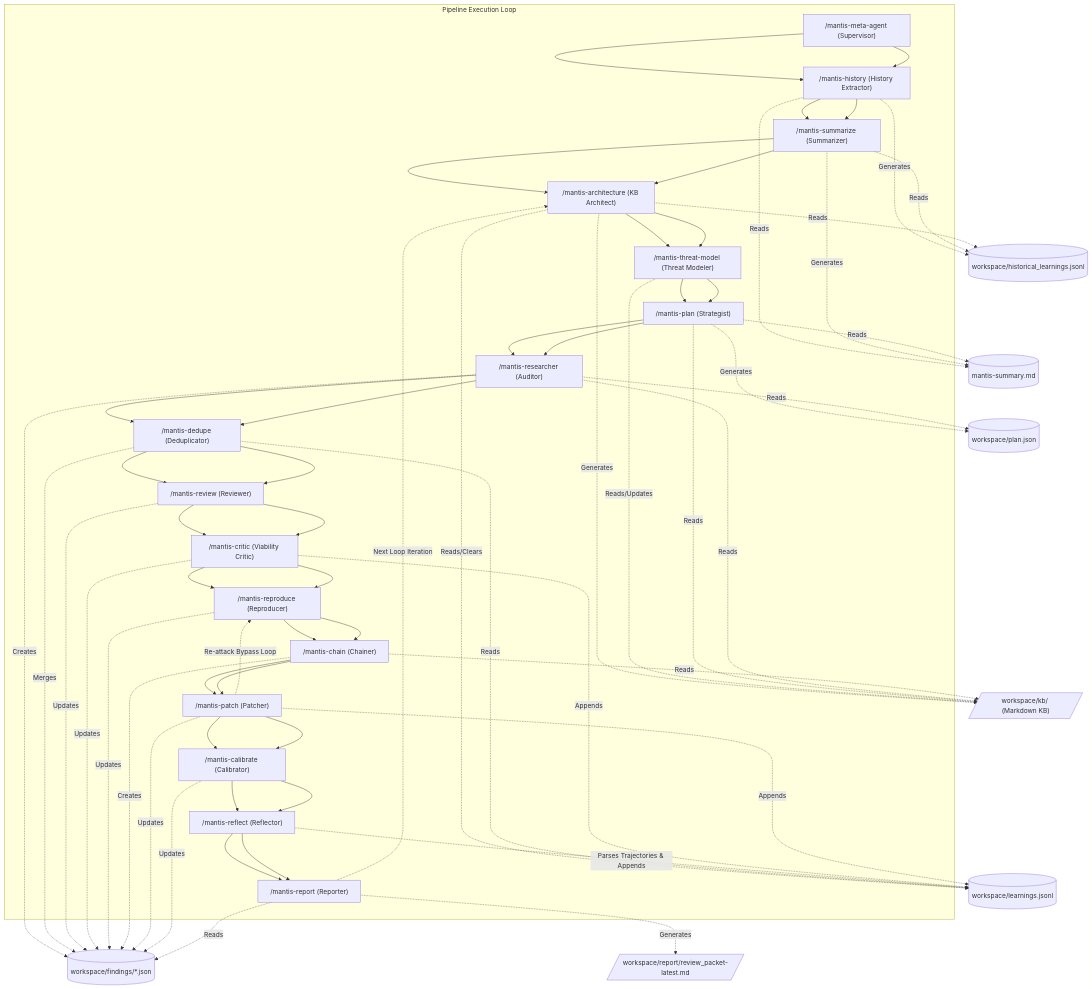
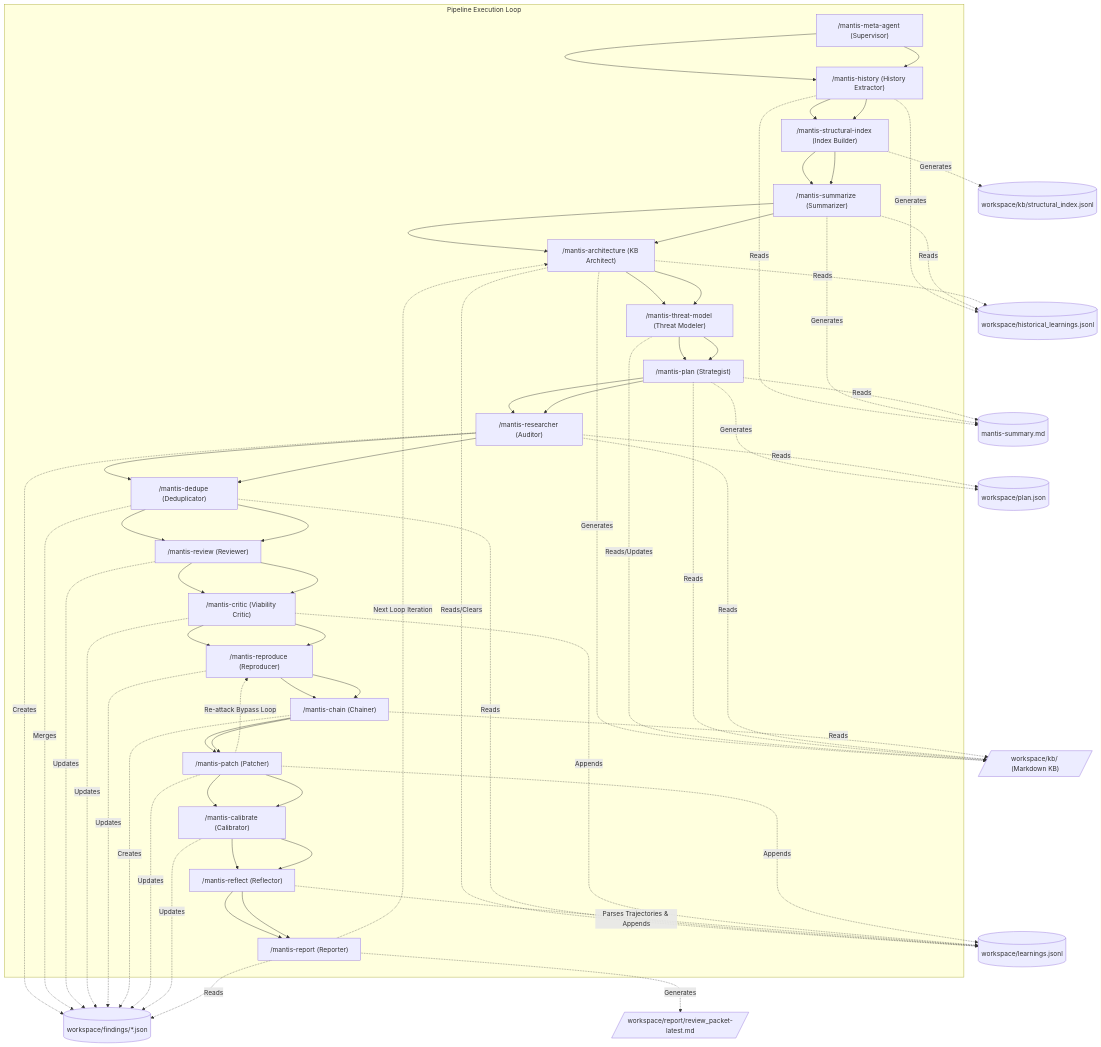
One commit to google/mantis changed the diagram in README_AGENTS.md. Above: the diagram before and after it, drawn with Mermaid. The commit also changed other lines of this file and 7 other files, not shown here.

First line of the commit message:
Promote structural-index blueprint into a first-class per-pass skill

````diff
--- a/README_AGENTS.md
+++ b/README_AGENTS.md
@@ -59,78 +59,82 @@
 ```mermaid
 graph TD
     subgraph CoreStages [Pipeline Execution Loop]
         Meta["/mantis-meta-agent (Supervisor)"] --> Hist["/mantis-history (History Extractor)"]
-        Hist --> Sum["/mantis-summarize (Summarizer)"]
+        Hist --> SI["/mantis-structural-index (Index Builder)"]
+        SI --> Sum["/mantis-summarize (Summarizer)"]
         Sum --> Arch["/mantis-architecture (KB Architect)"]
         Arch --> TM["/mantis-threat-model (Threat Modeler)"]
         TM --> Plan["/mantis-plan (Strategist)"]
         Plan --> Res["/mantis-researcher (Auditor)"]
         Res --> Ded["/mantis-dedupe (Deduplicator)"]
         Ded --> Rev["/mantis-review (Reviewer)"]
         Rev --> Cri["/mantis-critic (Viability Critic)"]
         Cri --> Rep["/mantis-reproduce (Reproducer)"]
         Rep --> Cha["/mantis-chain (Chainer)"]
         Cha --> Pat["/mantis-patch (Patcher)"]
         Pat --> Cal["/mantis-calibrate (Calibrator)"]
         Cal --> Ref["/mantis-reflect (Reflector)"]
         Ref --> Rpt["/mantis-report (Reporter)"]
         Rpt -.->|Next Loop Iteration| Arch
     end
 
     FileHist[("workspace/historical_learnings.jsonl")]
+    FileSI[("workspace/kb/structural_index.jsonl")]
     FileSum[("mantis-summary.md")]
     FileKB[/"workspace/kb/ (Markdown KB)"/]
     FilePlan[("workspace/plan.json")]
     FileFind[("workspace/findings/*.json")]
     FileLearn[("workspace/learnings.jsonl")]
     FileRpt[/"workspace/report/review_packet-latest.md"/]
 
     Meta --> Hist
-    Hist --> Sum
+    Hist --> SI
+    SI --> Sum
     Sum --> Arch
     Arch --> TM
     TM --> Plan
     Plan --> Res
     Res --> Ded
     Ded --> Rev
     Rev --> Cri
     Cri --> Rep
     Rep --> Cha
     Cha --> Pat
     Pat -.->|Re-attack Bypass Loop| Rep
     Pat --> Cal
     Cal --> Ref
     Ref --> Rpt
 
     Hist -.->|Generates| FileHist
+    SI -.->|Generates| FileSI
     Hist -.->|Reads| FileSum
     Sum -.->|Reads| FileHist
     Sum -.->|Generates| FileSum
     Arch -.->|Reads| FileHist
     Arch -.->|Generates| FileKB
     Arch -.->|Reads/Clears| FileLearn
     TM -.->|Reads/Updates| FileKB
     Plan -.->|Reads| FileKB
     Plan -.->|Reads| FileSum
     Plan -.->|Generates| FilePlan
 
     Res -.->|Reads| FilePlan
     Res -.->|Reads| FileKB
     Res -.->|Creates| FileFind
     Ded -.->|Reads| FileLearn
     Ded -.->|Merges| FileFind
     Rev -.->|Updates| FileFind
     Cri -.->|Updates| FileFind
     Rep -.->|Updates| FileFind
     Cha -.->|Reads| FileKB
     Cha -.->|Creates| FileFind
     Pat -.->|Updates| FileFind
     Cal -.->|Updates| FileFind
 
     Ref -.->|Parses Trajectories & Appends| FileLearn
     Cri -.->|Appends| FileLearn
     Pat -.->|Appends| FileLearn
 
     Rpt -.->|Reads| FileFind
     Rpt -.->|Generates| FileRpt
 ```
````
